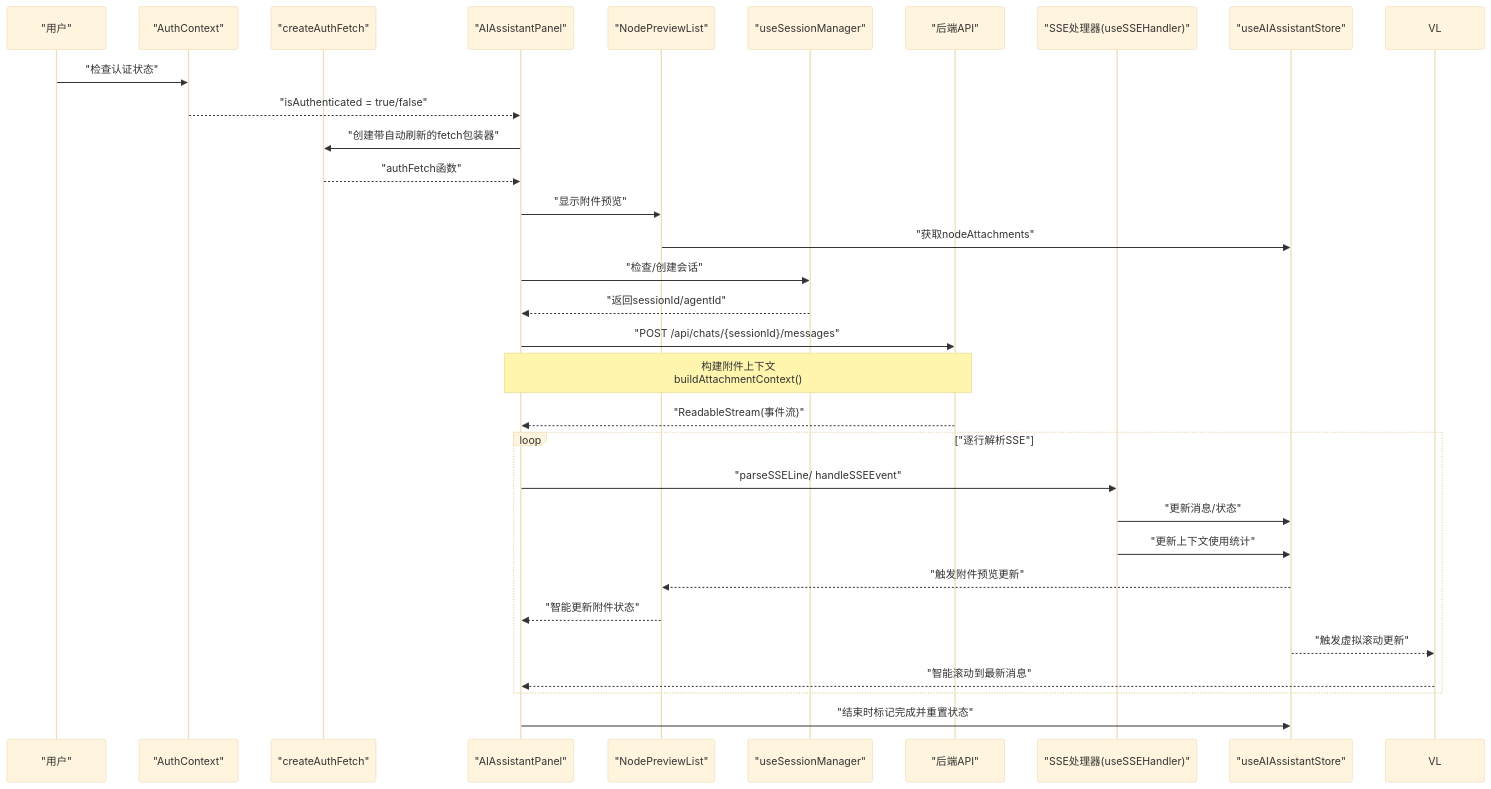
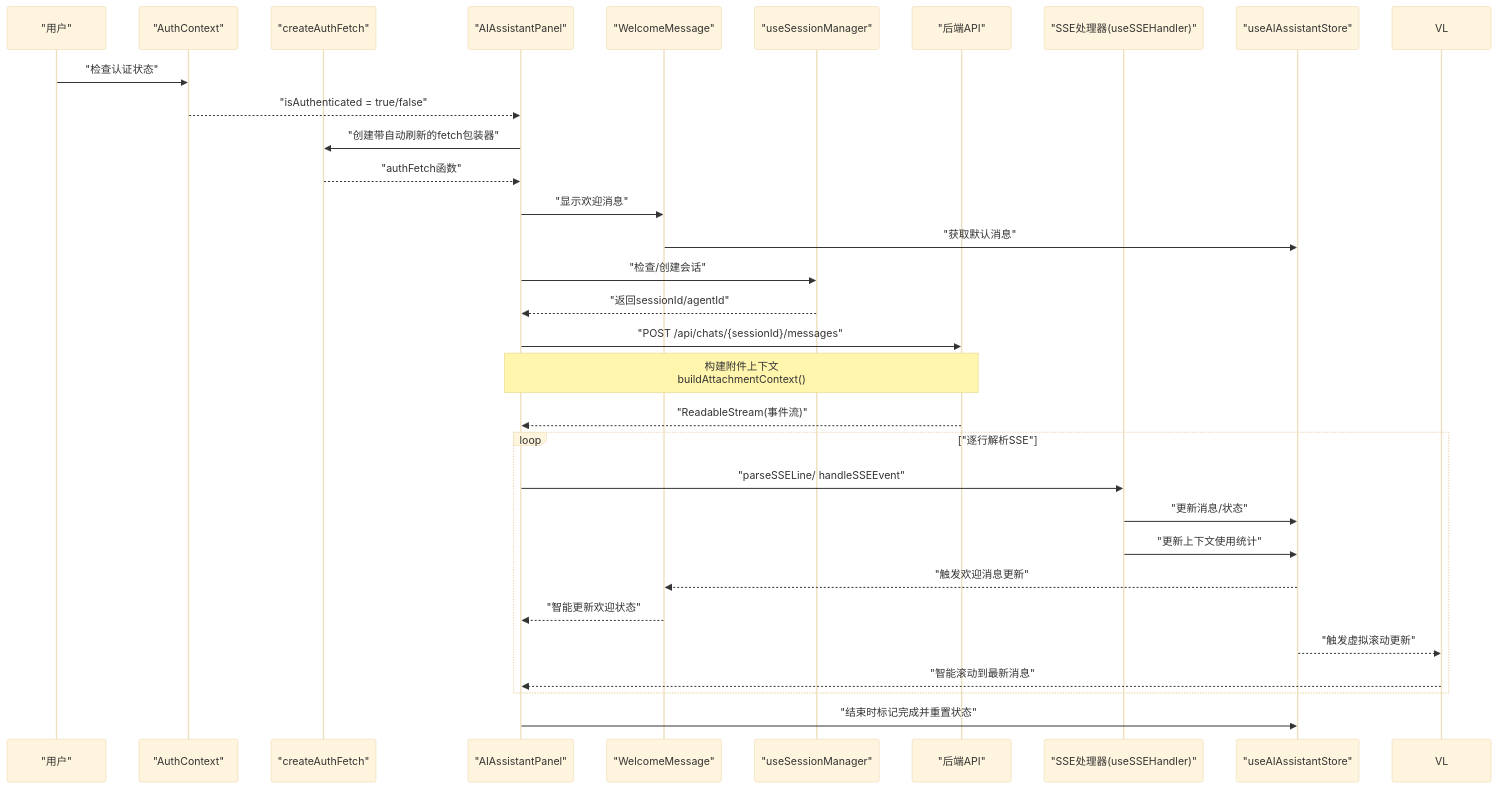
One commit to KunLabAI/KunFlix changed the second of 30 diagrams in .qoder/repowiki/zh/content/前端应用架构/UI组件库/画布组件系统/AI助手面板/AI助手面板.md. Above: the diagram before and after it, drawn with Mermaid (base theme). The commit also changed other lines of this file and 20 other files, not shown here.

````diff
--- a/.qoder/repowiki/zh/content/前端应用架构/UI组件库/画布组件系统/AI助手面板/AI助手面板.md
+++ b/.qoder/repowiki/zh/content/前端应用架构/UI组件库/画布组件系统/AI助手面板/AI助手面板.md
@@ -243,33 +258,33 @@
 ```mermaid
 sequenceDiagram
 participant U as "用户"
 participant A as "AuthContext"
 participant PF as "createAuthFetch"
 participant P as "AIAssistantPanel"
-participant NP as "NodePreviewList"
+participant WM as "WelcomeMessage"
 participant S as "useSessionManager"
 participant N as "后端API"
 participant SSE as "SSE处理器(useSSEHandler)"
 participant ST as "useAIAssistantStore"
 U->>A : "检查认证状态"
 A-->>P : "isAuthenticated = true/false"
 P->>PF : "创建带自动刷新的fetch包装器"
 PF-->>P : "authFetch函数"
-P->>NP : "显示附件预览"
-NP->>ST : "获取nodeAttachments"
+P->>WM : "显示欢迎消息"
+WM->>ST : "获取默认消息"
 P->>S : "检查/创建会话"
 S-->>P : "返回sessionId/agentId"
 P->>N : "POST /api/chats/{sessionId}/messages"
 Note over P,N : 构建附件上下文<br/>buildAttachmentContext()
 N-->>P : "ReadableStream(事件流)"
 loop "逐行解析SSE"
 P->>SSE : "parseSSELine/ handleSSEEvent"
 SSE->>ST : "更新消息/状态"
 SSE->>ST : "更新上下文使用统计"
-ST-->>NP : "触发附件预览更新"
-NP-->>P : "智能更新附件状态"
+ST-->>WM : "触发欢迎消息更新"
+WM-->>P : "智能更新欢迎状态"
 ST-->>VL : "触发虚拟滚动更新"
 VL-->>P : "智能滚动到最新消息"
 end
 P->>ST : "结束时标记完成并重置状态"
 ```
````
